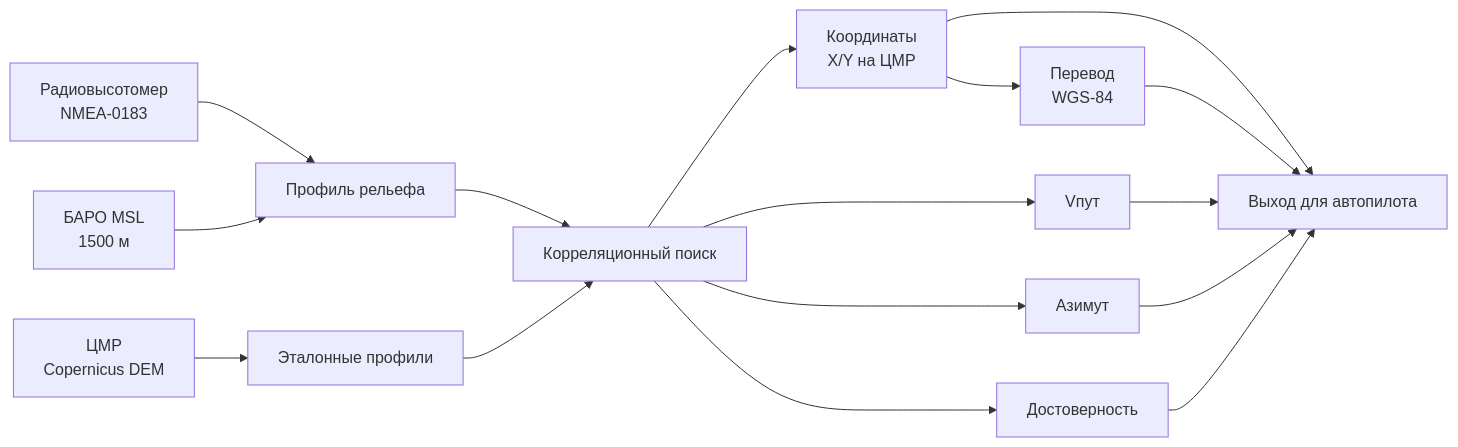
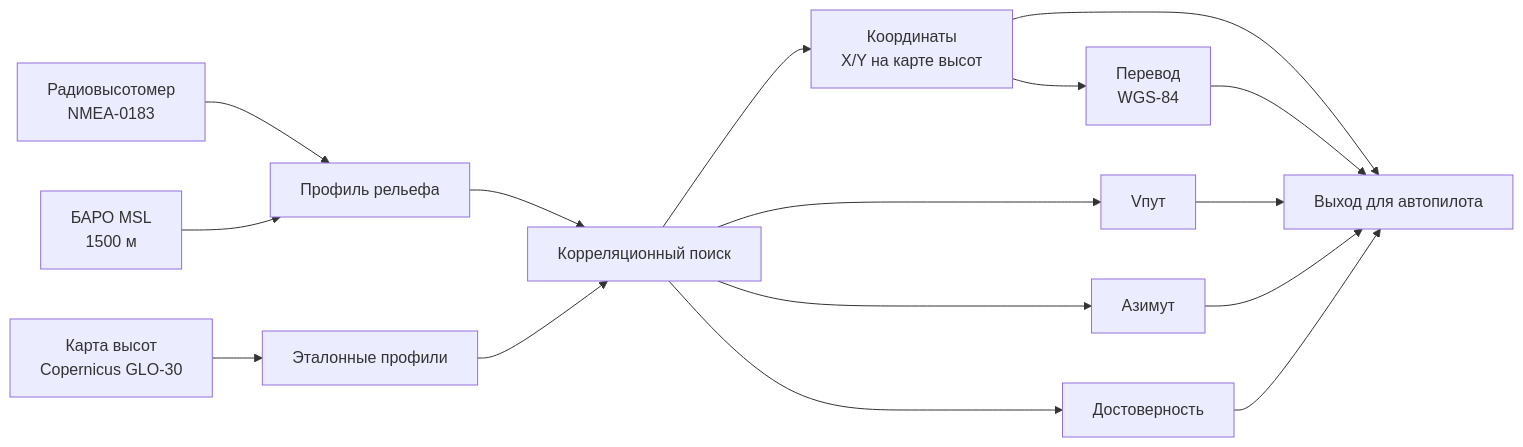
The first of 3 diagrams in README.md (rub1kub/where-are-we-barista), drawn with Mermaid before and after one commit. The commit also changed other lines of this file and 8 other files, not shown here.

````diff
--- a/README.md
+++ b/README.md
@@ -33,18 +33,18 @@
 ```mermaid
 flowchart LR
     A["Радиовысотомер<br/>NMEA-0183"] --> C["Профиль рельефа"]
     B["БАРО MSL<br/>1500 м"] --> C
-    D["ЦМР<br/>Copernicus DEM"] --> E["Эталонные профили"]
+    D["Карта высот<br/>Copernicus GLO-30"] --> E["Эталонные профили"]
     C --> F["Корреляционный поиск"]
     E --> F
-    F --> G["Координаты<br/>X/Y на ЦМР"]
+    F --> G["Координаты<br/>X/Y на карте высот"]
     G --> L["Перевод<br/>WGS-84"]
     F --> H["Vпут"]
     F --> I["Азимут"]
     F --> J["Достоверность"]
     G --> K["Выход для автопилота"]
     L --> K
     H --> K
     I --> K
     J --> K
 ```
````
